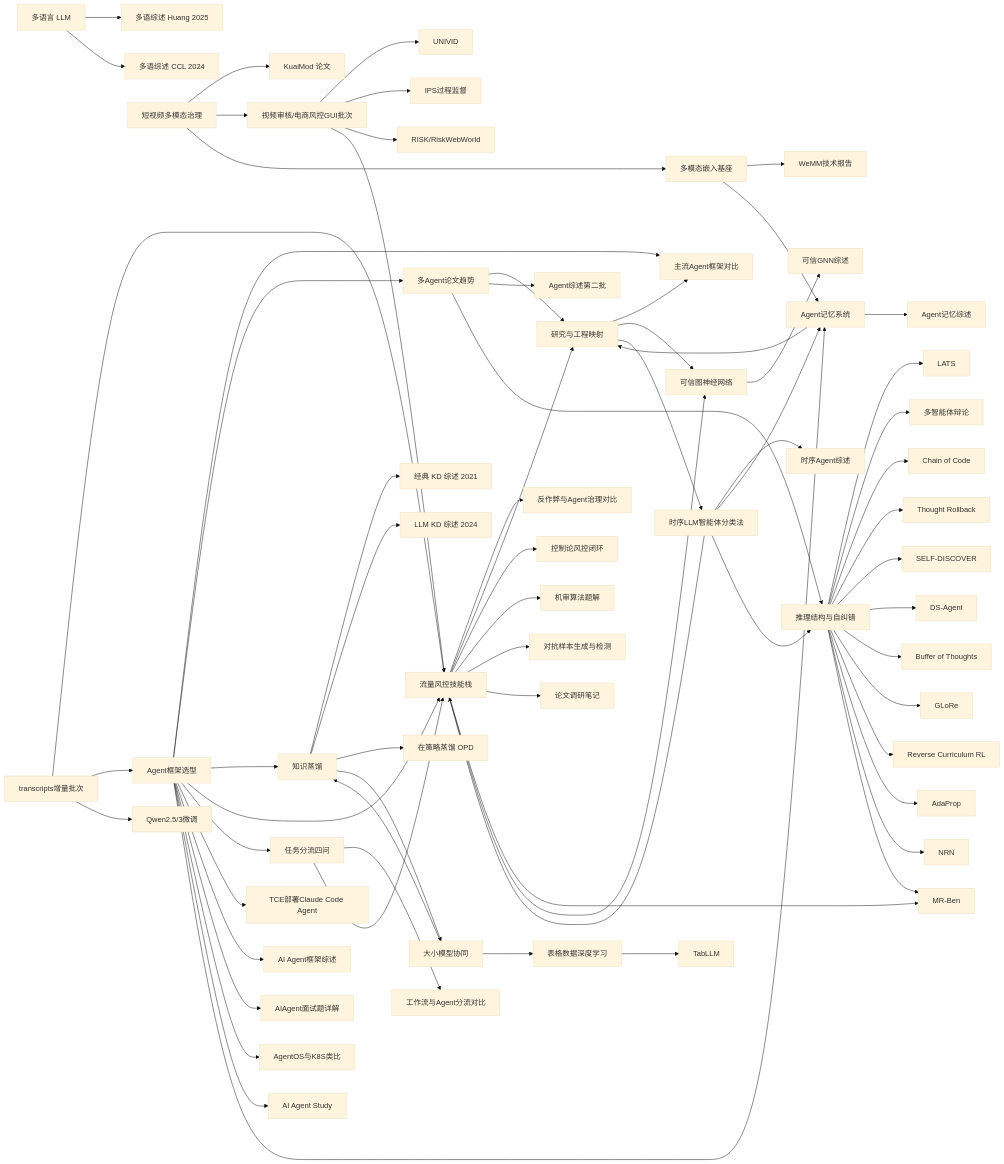
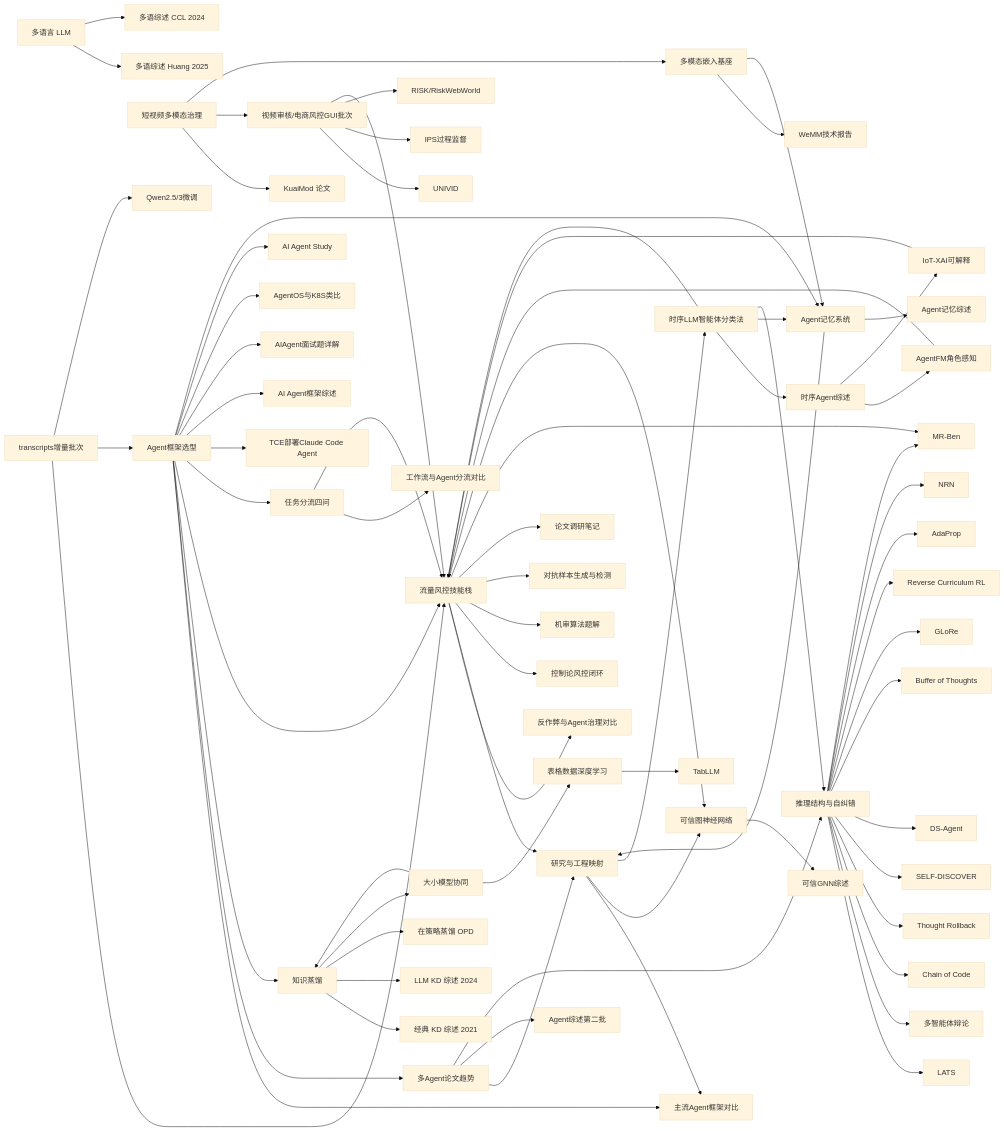
Before and after one commit to yiqingzhangee/llm_wiki: the diagram in wiki/maps/研究主题导航.md, drawn with Mermaid (base theme). The commit also changed other lines of this file and 8 other files, not shown here.

```diff
--- a/wiki/maps/研究主题导航.md
+++ b/wiki/maps/研究主题导航.md
@@ -55,6 +55,8 @@
   AgentMemSrc[Agent记忆综述]
   TSAgent[时序LLM智能体分类法]
   TSAgentSrc[时序Agent综述]
+  AgentFM[AgentFM角色感知]
+  IoTXAI[IoT-XAI可解释]
   WeMM[多模态嵌入基座]
   WeMMSrc[WeMM技术报告]
   VideoModBatch[视频审核/电商风控GUI批次]
@@ -118,6 +120,10 @@
   AgentMem --> AgentMap
   AgentMap --> TSAgent
   TSAgent --> TSAgentSrc
+  TSAgentSrc --> AgentFM
+  TSAgentSrc --> IoTXAI
+  AgentFM --> RiskSkills
+  IoTXAI --> RiskSkills
   TSAgent --> AgentMem
   TSAgent --> ReasonStruct
   TSAgent --> RiskSkills
```
